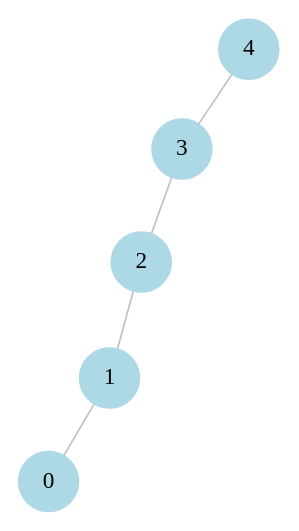
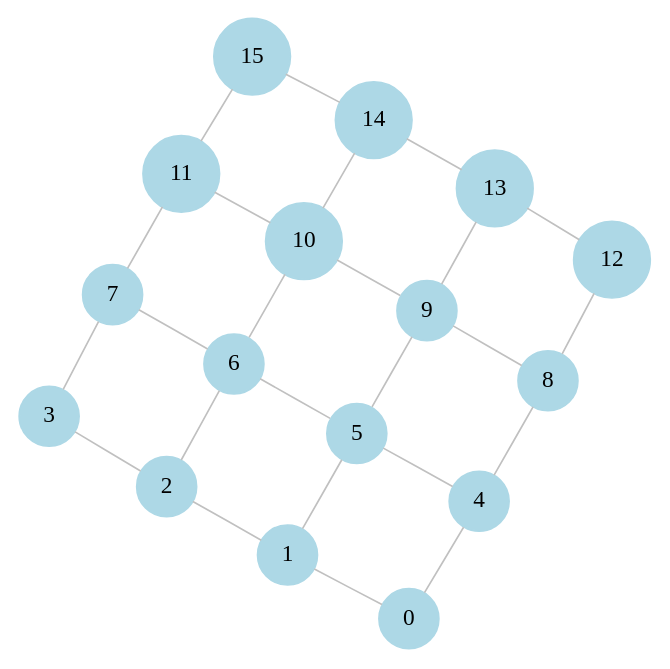
The diagram in figs/lattice2DGraphUpdated.dot (fieldofnodes/MBQC), drawn with Graphviz before and after one commit. The commit also changed 6 other files, not shown here.

Commit message:
Added some funtions to generalAssertFunctions and started graphFlowDefinition.

```diff
--- a/figs/lattice2DGraphUpdated.dot
+++ b/figs/lattice2DGraphUpdated.dot
@@ -1,17 +1,48 @@
 graph G {
 graph [layout = neato]
 node [shape = circle,
 style = filled,
 style = filled,
 color = lightblue]
 edge [color = silver]
 0;
 1;
 2;
 3;
 4;
+5;
+6;
+7;
+8;
+9;
+10;
+11;
+12;
+13;
+14;
+15;
 0--1 ;
+0--4 ;
 1--2 ;
+1--5 ;
 2--3 ;
-3--4 ;
+2--6 ;
+3--7 ;
+4--5 ;
+4--8 ;
+5--6 ;
+5--9 ;
+6--7 ;
+6--10 ;
+7--11 ;
+8--9 ;
+8--12 ;
+9--10 ;
+9--13 ;
+10--11 ;
+10--14 ;
+11--15 ;
+12--13 ;
+13--14 ;
+14--15 ;
 }
```
